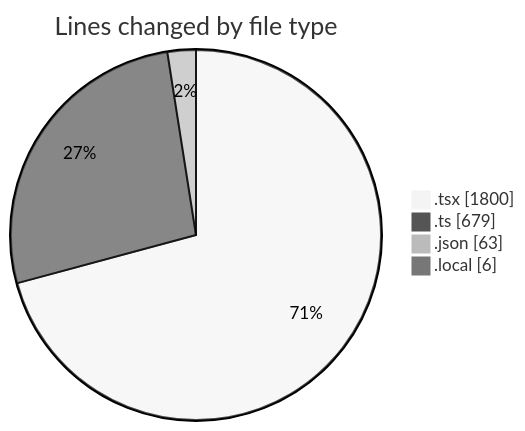
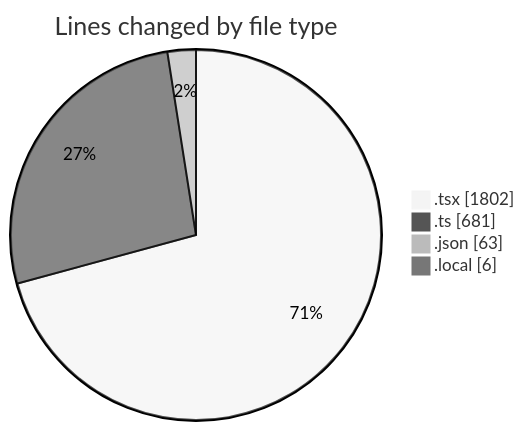
The first of 2 diagrams in 2025-10-21/eventscop-frontend-guide__workspace_/README.md (julien-gomy/code-tracking), drawn with Mermaid (neutral theme) before and after one commit. The commit also changed other lines of this file and 1 other file, not shown here.

````diff
--- a/2025-10-21/eventscop-frontend-guide__workspace_/README.md
+++ b/2025-10-21/eventscop-frontend-guide__workspace_/README.md
@@ -48,8 +48,8 @@
 ```mermaid
 pie showData
 title Lines changed by file type
-".tsx" : 1800
-".ts" : 679
+".tsx" : 1802
+".ts" : 681
 ".json" : 63
 ".local" : 6
 ```
````
